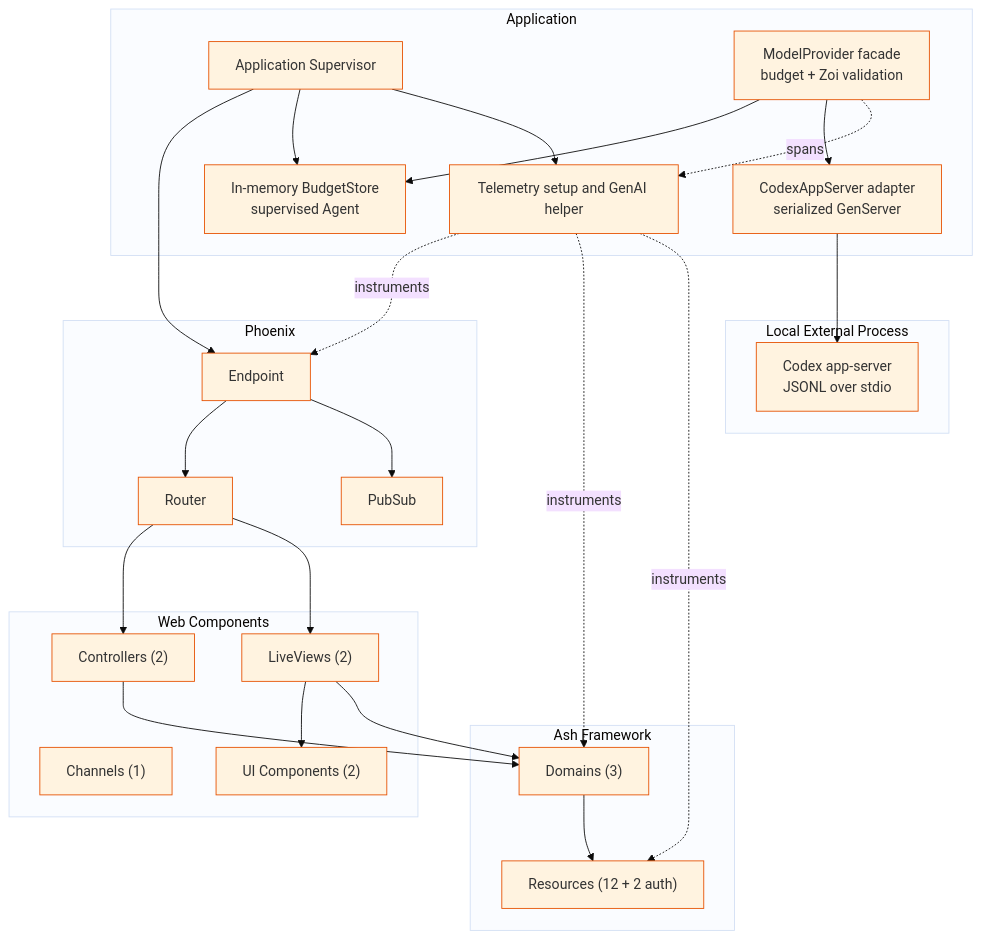
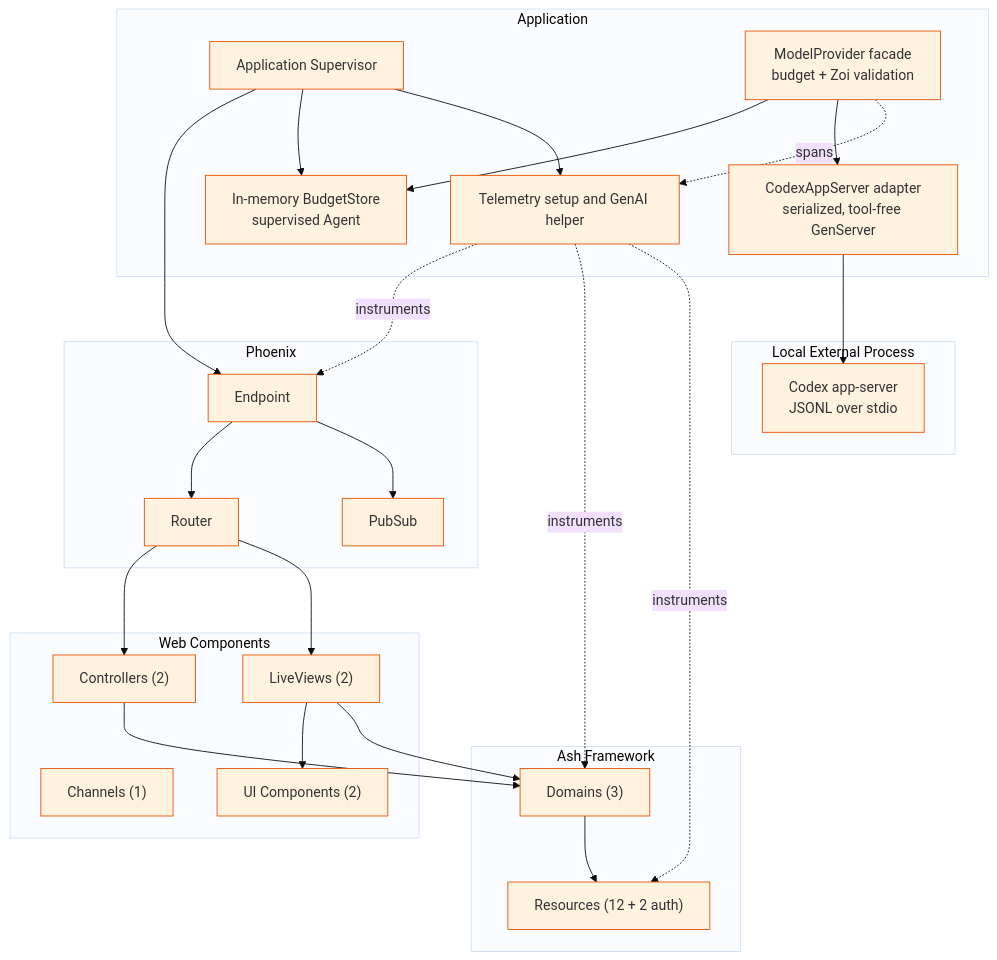
Before and after one commit to chops/sdr_agent: the diagram in docs/architecture/components.md, drawn with Mermaid. The commit also changed 8 other files, not shown here.

Commit message:
Harden Codex app-server isolation

````diff
--- a/docs/architecture/components.md
+++ b/docs/architecture/components.md
@@ -9,52 +9,52 @@
 ```mermaid
 %%{init: {'theme': 'base', 'themeVariables': { 'primaryColor': '#fff3e0', 'primaryBorderColor': '#e65100'}}}%%
 graph TB
     subgraph Application["Application"]
         App[Application Supervisor]
         Budget[In-memory BudgetStore<br/>supervised Agent]
         ModelProvider[ModelProvider facade<br/>budget + Zoi validation]
-        CodexAdapter[CodexAppServer adapter<br/>serialized GenServer]
+        CodexAdapter[CodexAppServer adapter<br/>serialized, tool-free GenServer]
         Telemetry[Telemetry setup and GenAI helper]
     end
 
     subgraph Phoenix["Phoenix"]
         Endpoint[Endpoint]
         Router[Router]
         PubSub[PubSub]
     end
 
     subgraph Web["Web Components"]
         Controllers["Controllers (2)"]
         LiveViews["LiveViews (2)"]
         Channels["Channels (1)"]
         UIComponents["UI Components (2)"]
     end
 
     subgraph Ash["Ash Framework"]
         Domains["Domains (3)"]
         Resources["Resources (12 + 2 auth)"]
     end
 
     subgraph External["Local External Process"]
         Codex[Codex app-server<br/>JSONL over stdio]
     end
 
     App --> Endpoint
     App --> Budget
     App --> Telemetry
     ModelProvider --> Budget
     ModelProvider --> CodexAdapter
     ModelProvider -. spans .-> Telemetry
     CodexAdapter --> Codex
     Endpoint --> Router
     Endpoint --> PubSub
     Router --> Controllers
     Router --> LiveViews
     LiveViews --> UIComponents
     Controllers --> Domains
     LiveViews --> Domains
     Domains --> Resources
     Telemetry -. instruments .-> Endpoint
     Telemetry -. instruments .-> Domains
     Telemetry -. instruments .-> Resources
 ```
````
